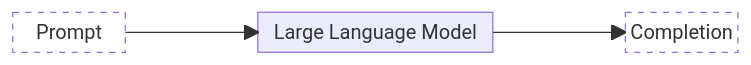
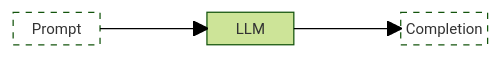
One commit to pve/hugo-site-dias changed the second of 2 diagrams in content/book/diginfra/digital-inf-ai.md. Above: the diagram before and after it, drawn with Mermaid. The commit also changed other lines of this file and 12 other files, not shown here.

Commit message:
ai infra diagrams

````diff
--- a/content/book/diginfra/digital-inf-ai.md
+++ b/content/book/diginfra/digital-inf-ai.md
@@ -17,11 +33,16 @@
 ```mermaid
+%%{ init: {
+    'theme': 'forest',
+    'themeVariables':
+        { 'fontSize': '12px'}
+} }%%
 block-beta
 
-space in space llm:2 space out space
-in["Prompt"] --> llm["Large Language Model"]
+space in space llm space out space
+in["Prompt"] --> llm["LLM"]
 llm--> out["Completion"]
 
 style in fill:#fff,color:#000,line:#000;stroke-width:0px,color:#000,stroke-dasharray: 5 5
 style out fill:#fff,color:#000,line:#000;stroke-width:0px,color:#000,stroke-dasharray: 5 5
    
 ```
````
